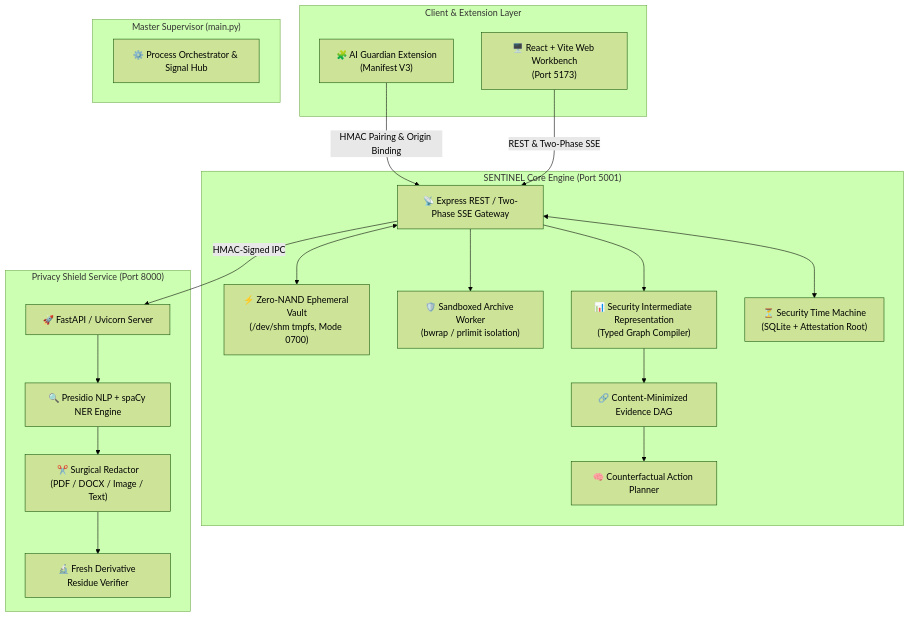
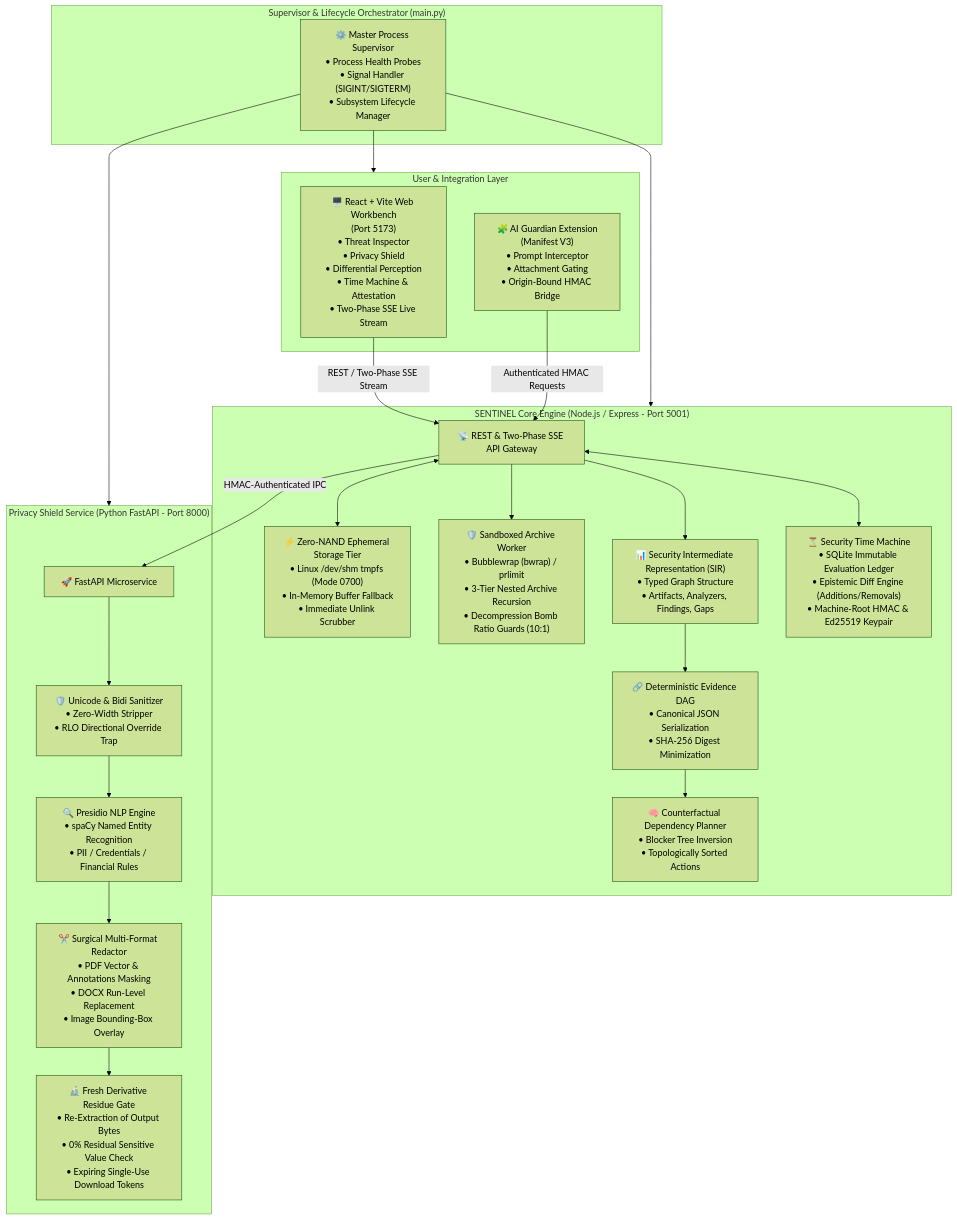
One commit to Aviralgit1212/SENTINEL changed the diagram in README.md. Above: the diagram before and after it, drawn with Mermaid (forest theme). The commit also changed other lines of this file, not shown here.

Commit message:
docs: complete enterprise documentation and architecture specification

````diff
--- a/README.md
+++ b/README.md
@@ -102,37 +90,41 @@
 ```mermaid
 flowchart TD
-    subgraph ClientLayer ["Client & Extension Layer"]
-        UI["🖥️ React + Vite Web Workbench\n(Port 5173)"]
-        Ext["🧩 AI Guardian Extension\n(Manifest V3)"]
+    subgraph ClientSpace ["User & Integration Layer"]
+        UI["🖥️ React + Vite Web Workbench\n(Port 5173)\n• Threat Inspector\n• Privacy Shield\n• Differential Perception\n• Time Machine & Attestation\n• Two-Phase SSE Live Stream"]
+        Ext["🧩 AI Guardian Extension\n(Manifest V3)\n• Prompt Interceptor\n• Attachment Gating\n• Origin-Bound HMAC Bridge"]
     end
 
-    subgraph SupervisorLayer ["Master Supervisor (main.py)"]
-        Supervisor["⚙️ Process Orchestrator & Signal Hub"]
+    subgraph SupervisorSpace ["Supervisor & Lifecycle Orchestrator (main.py)"]
+        Supervisor["⚙️ Master Process Supervisor\n• Process Health Probes\n• Signal Handler (SIGINT/SIGTERM)\n• Subsystem Lifecycle Manager"]
     end
 
-    subgraph SecurityCore ["SENTINEL Core Engine (Port 5001)"]
-        API["📡 Express REST / Two-Phase SSE Gateway"]
-        Vault["⚡ Zero-NAND Ephemeral Vault\n(/dev/shm tmpfs, Mode 0700)"]
-        Worker["🛡️ Sandboxed Archive Worker\n(bwrap / prlimit isolation)"]
-        SIR["📊 Security Intermediate Representation\n(Typed Graph Compiler)"]
-        DAG["🔗 Content-Minimized Evidence DAG"]
-        Planner["🧠 Counterfactual Action Planner"]
-        STM["⏳ Security Time Machine\n(SQLite + Attestation Root)"]
+    subgraph CoreSpace ["SENTINEL Core Engine (Node.js / Express - Port 5001)"]
+        Gateway["📡 REST & Two-Phase SSE API Gateway"]
+        Vault["⚡ Zero-NAND Ephemeral Storage Tier\n• Linux /dev/shm tmpfs (Mode 0700)\n• In-Memory Buffer Fallback\n• Immediate Unlink Scrubber"]
+        Worker["🛡️ Sandboxed Archive Worker\n• Bubblewrap (bwrap) / prlimit\n• 3-Tier Nested Archive Recursion\n• Decompression Bomb Ratio Guards (10:1)"]
+        SIRCompiler["📊 Security Intermediate Representation (SIR)\n• Typed Graph Structure\n• Artifacts, Analyzers, Findings, Gaps"]
+        DAGGen["🔗 Deterministic Evidence DAG\n• Canonical JSON Serialization\n• SHA-256 Digest Minimization"]
+        Planner["🧠 Counterfactual Dependency Planner\n• Blocker Tree Inversion\n• Topologically Sorted Actions"]
+        STM["⏳ Security Time Machine\n• SQLite Immutable Evaluation Ledger\n• Epistemic Diff Engine (Additions/Removals)\n• Machine-Root HMAC & Ed25519 Keypair"]
     end
 
-    subgraph PrivacyShieldService ["Privacy Shield Service (Port 8000)"]
-        FastAPI["🚀 FastAPI / Uvicorn Server"]
-        Presidio["🔍 Presidio NLP + spaCy NER Engine"]
-        Redactor["✂️ Surgical Redactor\n(PDF / DOCX / Image / Text)"]
-        Residue["🔬 Fresh Derivative Residue Verifier"]
+    subgraph PrivacySpace ["Privacy Shield Service (Python FastAPI - Port 8000)"]
+        FastAPI["🚀 FastAPI Microservice"]
+        Sanitizer["🛡️ Unicode & Bidi Sanitizer\n• Zero-Width Stripper\n• RLO Directional Override Trap"]
+        Presidio["🔍 Presidio NLP Engine\n• spaCy Named Entity Recognition\n• PII / Credentials / Financial Rules"]
+        Redactor["✂️ Surgical Multi-Format Redactor\n• PDF Vector & Annotations Masking\n• DOCX Run-Level Replacement\n• Image Bounding-Box Overlay"]
+        ResidueGate["🔬 Fresh Derivative Residue Gate\n• Re-Extraction of Output Bytes\n• 0% Residual Sensitive Value Check\n• Expiring Single-Use Download Tokens"]
     end
 
-    Ext -- "HMAC Pairing & Origin Binding" --> API
-    UI -- "REST & Two-Phase SSE" --> API
-    API <--> Vault
-    API --> Worker
-    API --> SIR --> DAG --> Planner
-    API <--> STM
-    API -- "HMAC-Signed IPC" --> FastAPI
-    FastAPI --> Presidio --> Redactor --> Residue
+    UI -- "REST / Two-Phase SSE Stream" --> Gateway
+    Ext -- "Authenticated HMAC Requests" --> Gateway
+    Gateway <--> Vault
+    Gateway --> Worker
+    Gateway --> SIRCompiler --> DAGGen --> Planner
+    Gateway <--> STM
+    Gateway -- "HMAC-Authenticated IPC" --> FastAPI
+    FastAPI --> Sanitizer --> Presidio --> Redactor --> ResidueGate
+    Supervisor --> CoreSpace
+    Supervisor --> PrivacySpace
+    Supervisor --> ClientSpace
 ```
````
